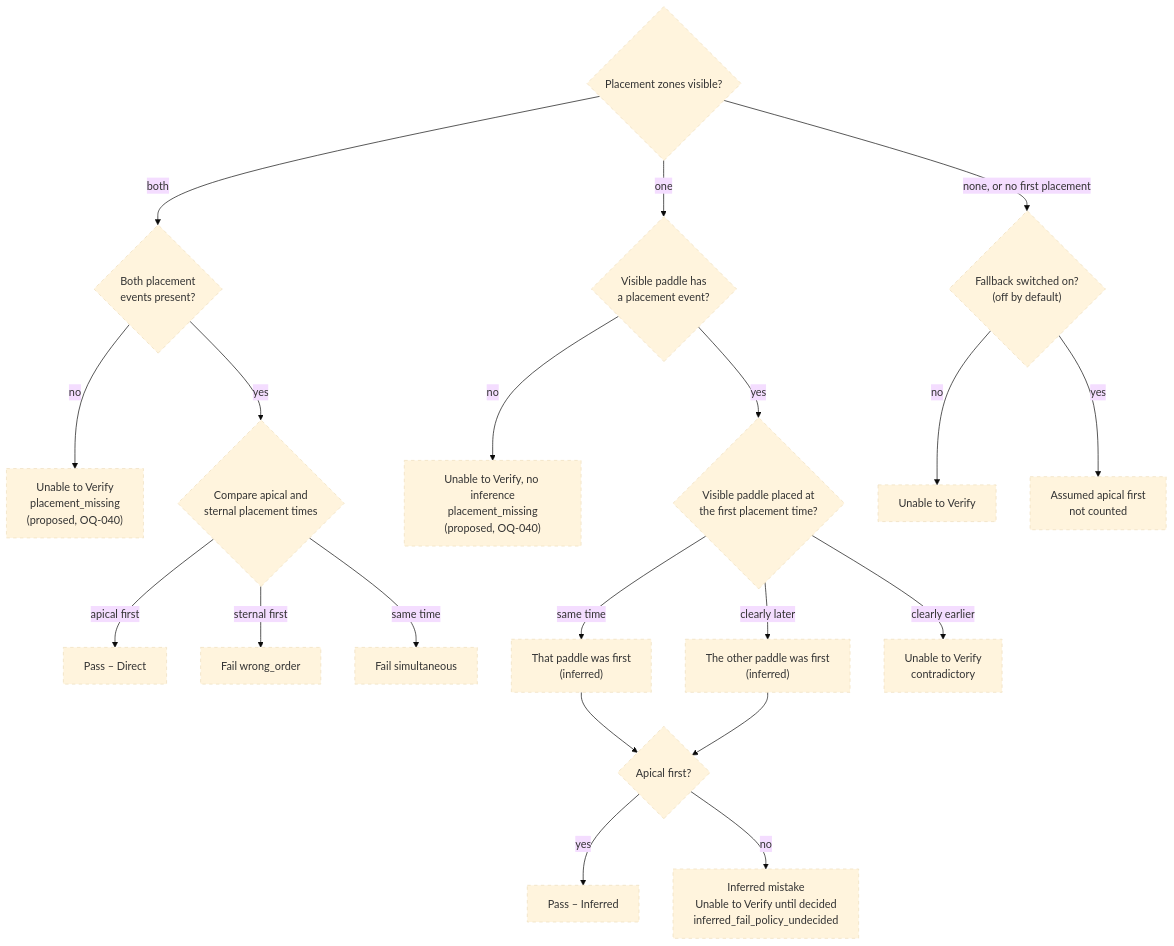
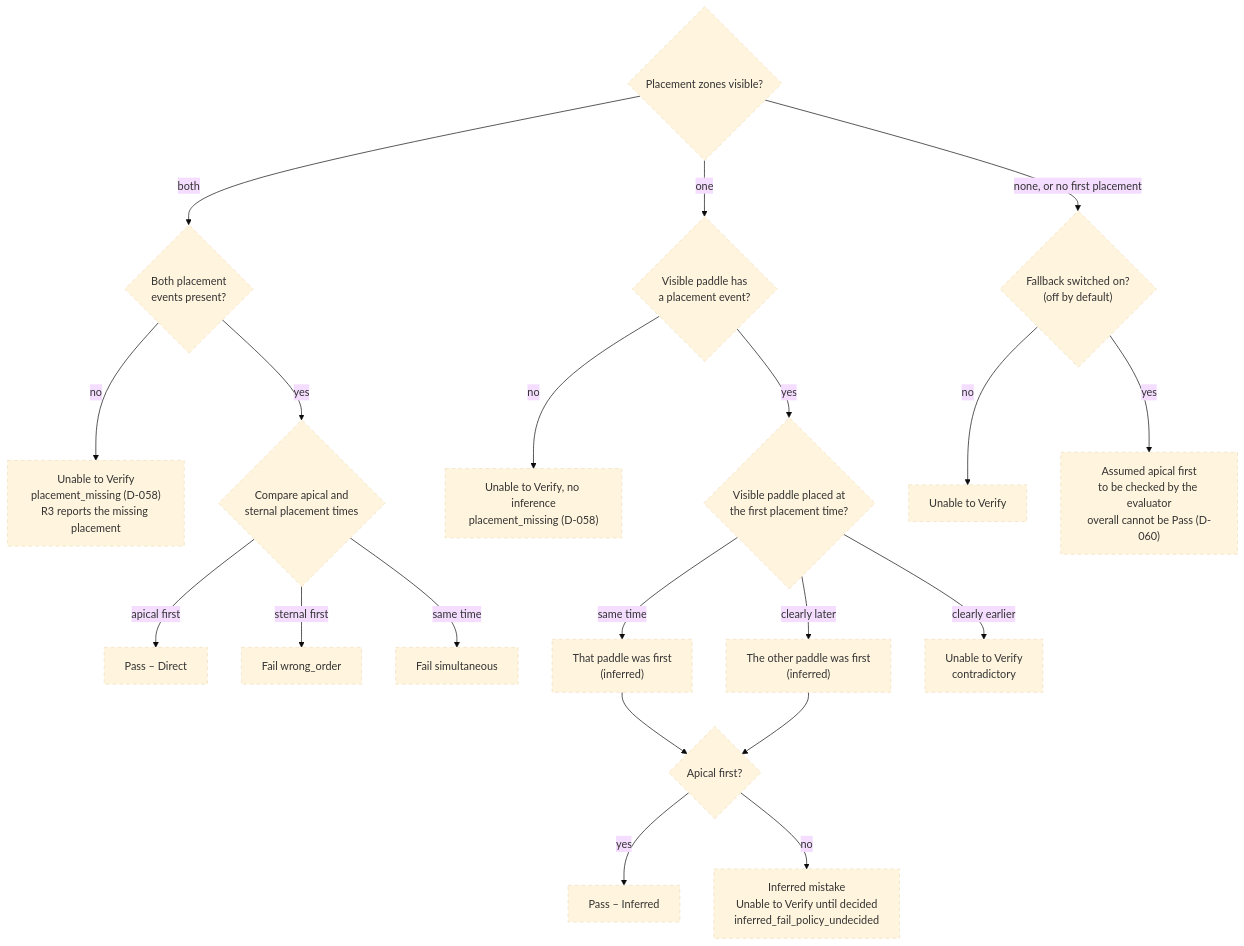
One commit to ananthu65/defibrillator_research changed the seventh of 8 diagrams in docs/rule_engine/diagrams.md. Above: the diagram before and after it, drawn with Mermaid (base theme). The commit also changed other lines of this file and 14 other files, not shown here.

````diff
--- a/docs/rule_engine/diagrams.md
+++ b/docs/rule_engine/diagrams.md
@@ -132,24 +137,24 @@
 ```mermaid
 flowchart TD
     Z{"Placement zones visible?"} -->|both| B2{"Both placement<br/>events present?"}
-    B2 -->|no| PM1["Unable to Verify<br/>placement_missing<br/>(proposed, OQ-040)"]
+    B2 -->|no| PM1["Unable to Verify<br/>placement_missing (D-058)<br/>R3 reports the missing placement"]
     B2 -->|yes| D1{"Compare apical and<br/>sternal placement times"}
     D1 -->|apical first| P["Pass – Direct"]
     D1 -->|sternal first| F["Fail wrong_order"]
     D1 -->|same time| FS["Fail simultaneous"]
     Z -->|one| V{"Visible paddle has<br/>a placement event?"}
-    V -->|no| PM2["Unable to Verify, no inference<br/>placement_missing<br/>(proposed, OQ-040)"]
+    V -->|no| PM2["Unable to Verify, no inference<br/>placement_missing (D-058)"]
     V -->|yes| I{"Visible paddle placed at<br/>the first placement time?"}
     I -->|same time| W1["That paddle was first<br/>(inferred)"]
     I -->|clearly later| W2["The other paddle was first<br/>(inferred)"]
     I -->|clearly earlier| C["Unable to Verify<br/>contradictory"]
     W1 --> O{"Apical first?"}
     W2 --> O
     O -->|yes| PI["Pass – Inferred"]
     O -->|no| IF["Inferred mistake<br/>Unable to Verify until decided<br/>inferred_fail_policy_undecided"]
     Z -->|none, or no first placement| N{"Fallback switched on?<br/>(off by default)"}
     N -->|no| U["Unable to Verify"]
-    N -->|yes| AS["Assumed apical first<br/>not counted"]
+    N -->|yes| AS["Assumed apical first<br/>to be checked by the evaluator<br/>overall cannot be Pass (D-060)"]
     classDef planned stroke-dasharray: 5 5
     class Z,B2,PM1,D1,P,F,FS,V,PM2,I,W1,W2,C,O,PI,IF,N,U,AS planned
 ```
````
